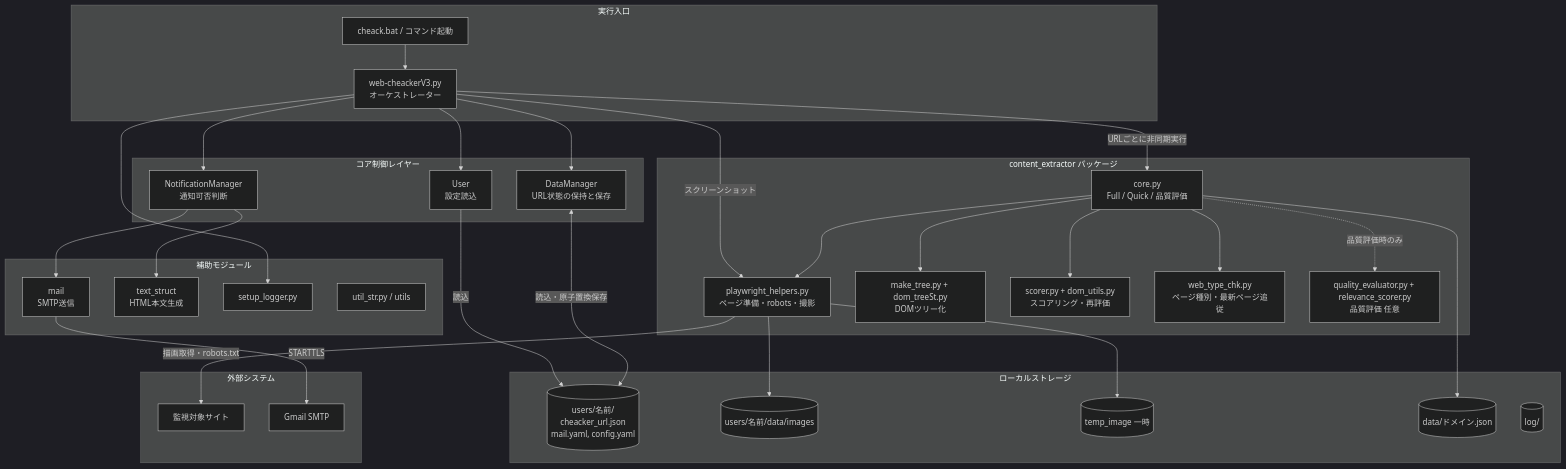
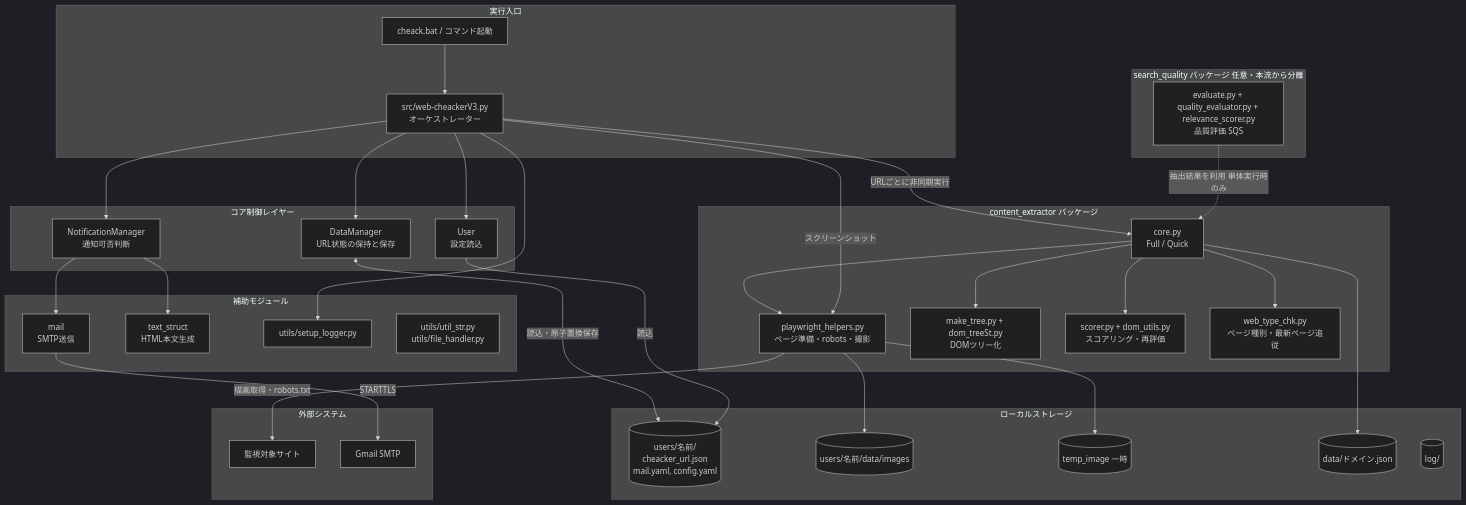
One commit to xzyozi/web_cheacker_mainditect changed the diagram in docs/design/WCM-BD-001_基本設計書.md. Above: the diagram before and after it, drawn with Mermaid (dark theme). The commit also changed other lines of this file and 2 other files, not shown here.

````diff
--- a/docs/design/WCM-BD-001_基本設計書.md
+++ b/docs/design/WCM-BD-001_基本設計書.md
@@ -119,64 +118,67 @@
 ```mermaid
 flowchart TD
     subgraph Entry [実行入口]
         Bat[cheack.bat / コマンド起動]
-        Main[web-cheackerV3.py<br/>オーケストレーター]
+        Main[src/web-cheackerV3.py<br/>オーケストレーター]
     end
 
     subgraph Core [コア制御レイヤー]
         User[User<br/>設定読込]
         DM[DataManager<br/>URL状態の保持と保存]
         Notif[NotificationManager<br/>通知可否判断]
     end
 
     subgraph Extractor [content_extractor パッケージ]
-        Facade[core.py<br/>Full / Quick / 品質評価]
+        Facade[core.py<br/>Full / Quick]
         Helpers[playwright_helpers.py<br/>ページ準備・robots・撮影]
         Tree[make_tree.py + dom_treeSt.py<br/>DOMツリー化]
         Scorer[scorer.py + dom_utils.py<br/>スコアリング・再評価]
         WType[web_type_chk.py<br/>ページ種別・最新ページ追従]
-        Quality[quality_evaluator.py + relevance_scorer.py<br/>品質評価 任意]
+    end
+
+    subgraph SearchQuality [search_quality パッケージ 任意・本流から分離]
+        Quality[evaluate.py + quality_evaluator.py + relevance_scorer.py<br/>品質評価 SQS]
     end
 
     subgraph Support [補助モジュール]
         Mail[mail<br/>SMTP送信]
         Html[text_struct<br/>HTML本文生成]
-        Log[setup_logger.py]
-        Util[util_str.py / utils]
+        Log[utils/setup_logger.py]
+        Util[utils/util_str.py<br/>utils/file_handler.py]
     end
 
     subgraph Store [ローカルストレージ]
         UserFiles[(users/名前/<br/>cheacker_url.json<br/>mail.yaml, config.yaml)]
         Images[(users/名前/data/images)]
         Temp[(temp_image 一時)]
         Dom[(data/ドメイン.json)]
         Logs[(log/)]
     end
 
     subgraph Ext [外部システム]
         Sites[監視対象サイト]
         Smtp[Gmail SMTP]
     end
 
     Bat --> Main
     Main --> User
     Main --> DM
     Main --> Notif
     Main -->|URLごとに非同期実行| Facade
     Facade --> Helpers
     Facade --> Tree
     Facade --> Scorer
     Facade --> WType
-    Facade -.->|品質評価時のみ| Quality
+    Quality -.->|抽出結果を利用 単体実行時のみ| Facade
     Helpers -->|描画取得・robots.txt| Sites
     Main -->|スクリーンショット| Helpers
     DM <-->|読込・原子置換保存| UserFiles
     User -->|読込| UserFiles
     Helpers --> Images
     Helpers --> Temp
     Facade --> Dom
     Notif --> Html
     Notif --> Mail
     Mail -->|STARTTLS| Smtp
     Main --> Log
 ```
````
